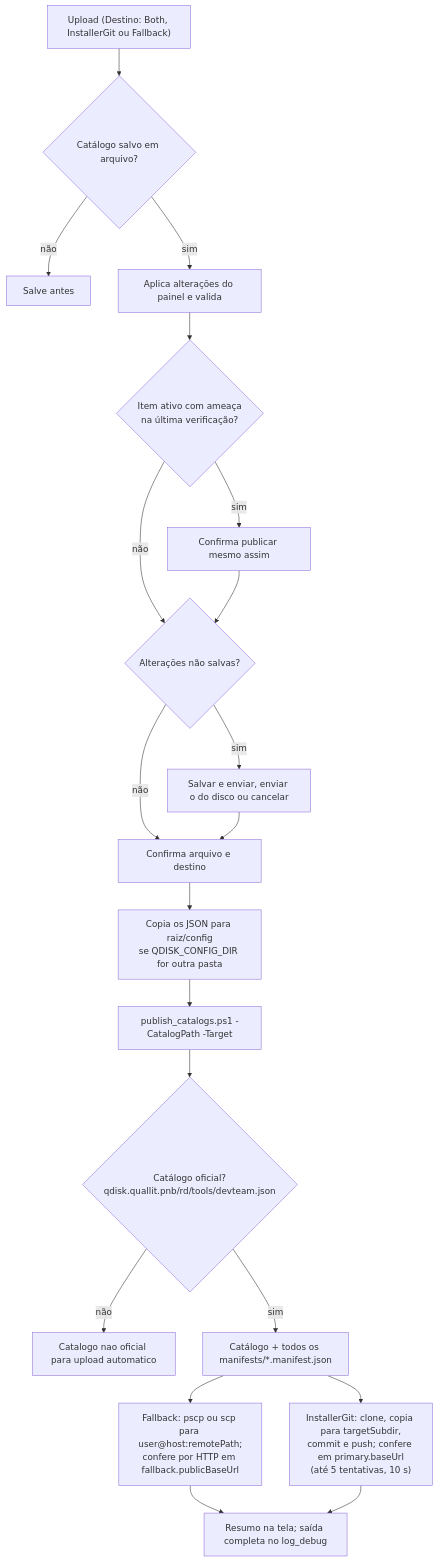
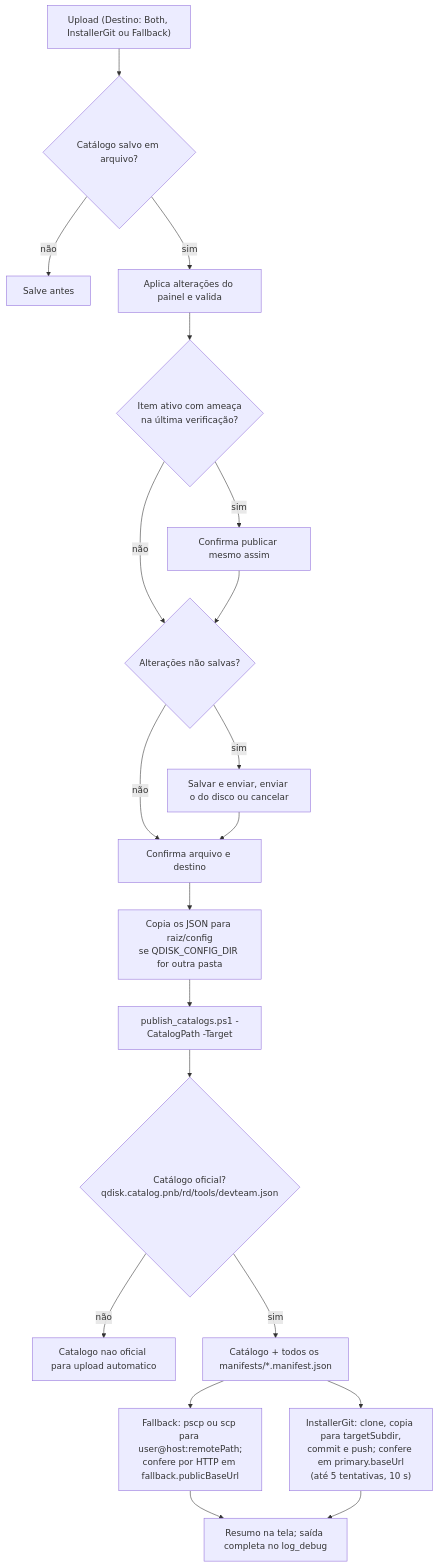
Before and after one commit to MarceloSobral-Quallit/Q-DISK: the eighth of 11 diagrams in docs/FLUXOS_QDisk_Adm.md, drawn with Mermaid. The commit also changed other lines of this file and 23 other files, not shown here.

Commit message:
refactor: catálogos qdisk.catalog.*.json e manifesto de atualização qdisk.update.json

````diff
--- a/docs/FLUXOS_QDisk_Adm.md
+++ b/docs/FLUXOS_QDisk_Adm.md
@@ -181,21 +181,21 @@
 ```mermaid
 flowchart TD
     A["Upload (Destino: Both, InstallerGit ou Fallback)"] --> B{Catálogo salvo em arquivo?}
     B -- não --> X1[Salve antes]
     B -- sim --> C[Aplica alterações do painel e valida]
     C --> D{Item ativo com ameaça<br/>na última verificação?}
     D -- sim --> E[Confirma publicar mesmo assim]
     D -- não --> F
     E --> F{Alterações não salvas?}
     F -- sim --> G["Salvar e enviar, enviar o do disco ou cancelar"]
     F -- não --> H
     G --> H[Confirma arquivo e destino]
     H --> I["Copia os JSON para raiz/config<br/>se QDISK_CONFIG_DIR for outra pasta"]
     I --> J[publish_catalogs.ps1 -CatalogPath -Target]
-    J --> K{"Catálogo oficial?<br/>qdisk.quallit.pnb/rd/tools/devteam.json"}
+    J --> K{"Catálogo oficial?<br/>qdisk.catalog.pnb/rd/tools/devteam.json"}
     K -- não --> X2[Catalogo nao oficial para upload automatico]
     K -- sim --> L["Catálogo + todos os manifests/*.manifest.json"]
     L --> M["Fallback: pscp ou scp para user@host:remotePath;<br/>confere por HTTP em fallback.publicBaseUrl"]
     L --> N["InstallerGit: clone, copia para targetSubdir,<br/>commit e push; confere em primary.baseUrl<br/>(até 5 tentativas, 10 s)"]
     M & N --> O["Resumo na tela; saída completa no log_debug"]
 ```
````
